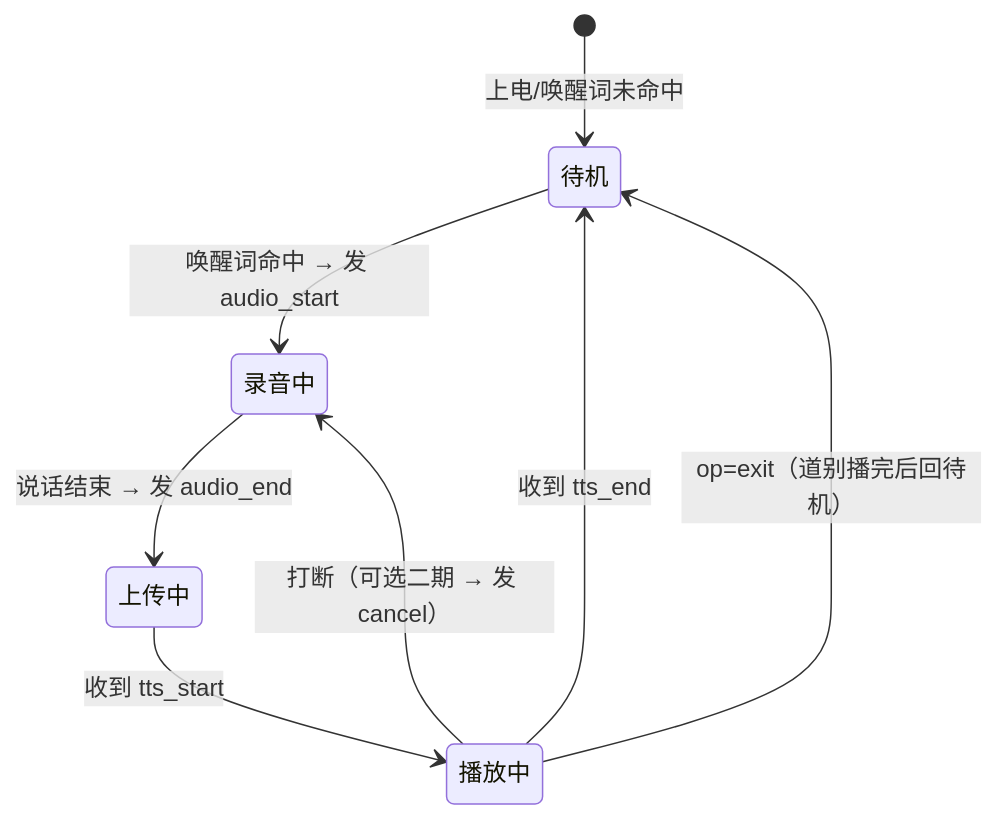
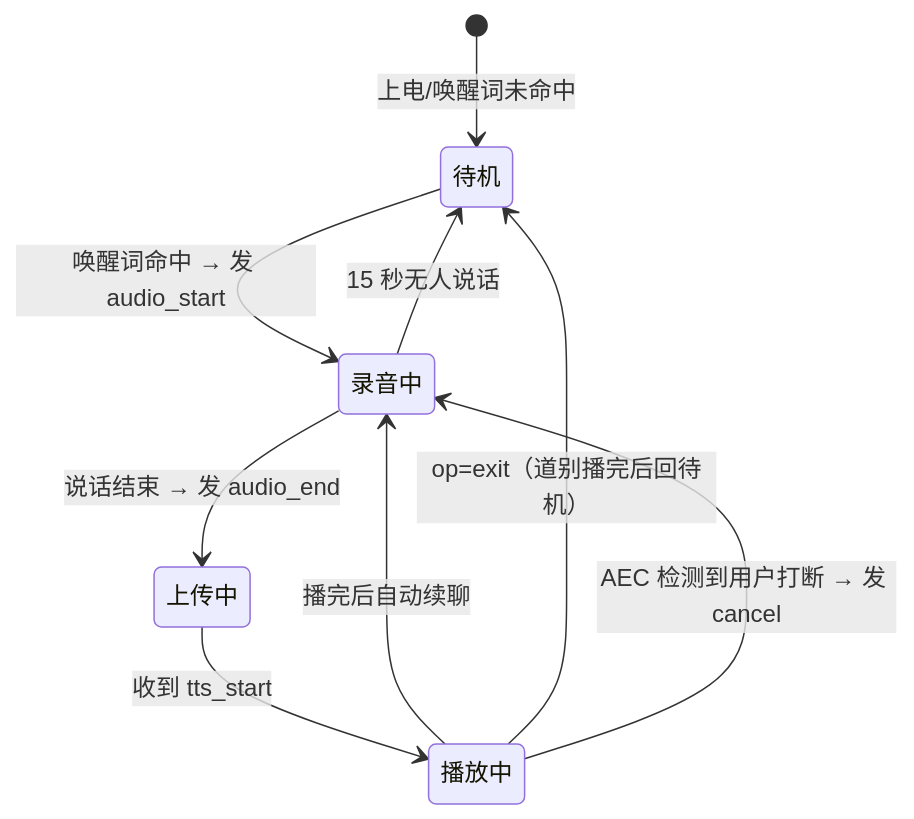
The second of 2 diagrams in ESP32_README.md (Hongzhen-Liang/Viora), drawn with Mermaid before and after one commit. The commit also changed other lines of this file and 12 other files, not shown here.

````diff
--- a/ESP32_README.md
+++ b/ESP32_README.md
@@ -102,10 +103,11 @@
 ```mermaid
 stateDiagram-v2
     [*] --> 待机: 上电/唤醒词未命中
     待机 --> 录音中: 唤醒词命中 → 发 audio_start
     录音中 --> 上传中: 说话结束 → 发 audio_end
     上传中 --> 播放中: 收到 tts_start
-    播放中 --> 待机: 收到 tts_end
+    播放中 --> 录音中: 播完后自动续聊
     播放中 --> 待机: op=exit（道别播完后回待机）
-    播放中 --> 录音中: 打断（可选二期 → 发 cancel）
+    播放中 --> 录音中: AEC 检测到用户打断 → 发 cancel
+    录音中 --> 待机: 15 秒无人说话
 ```
````
